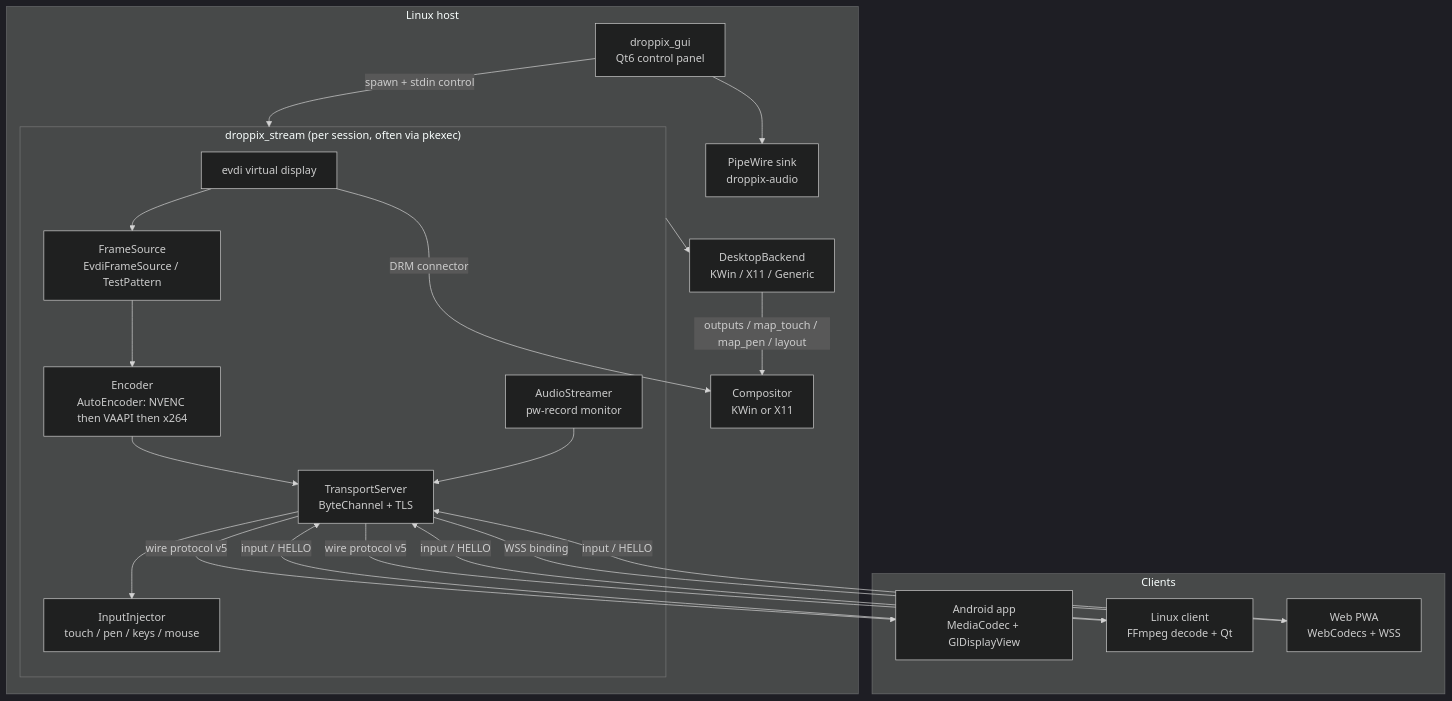
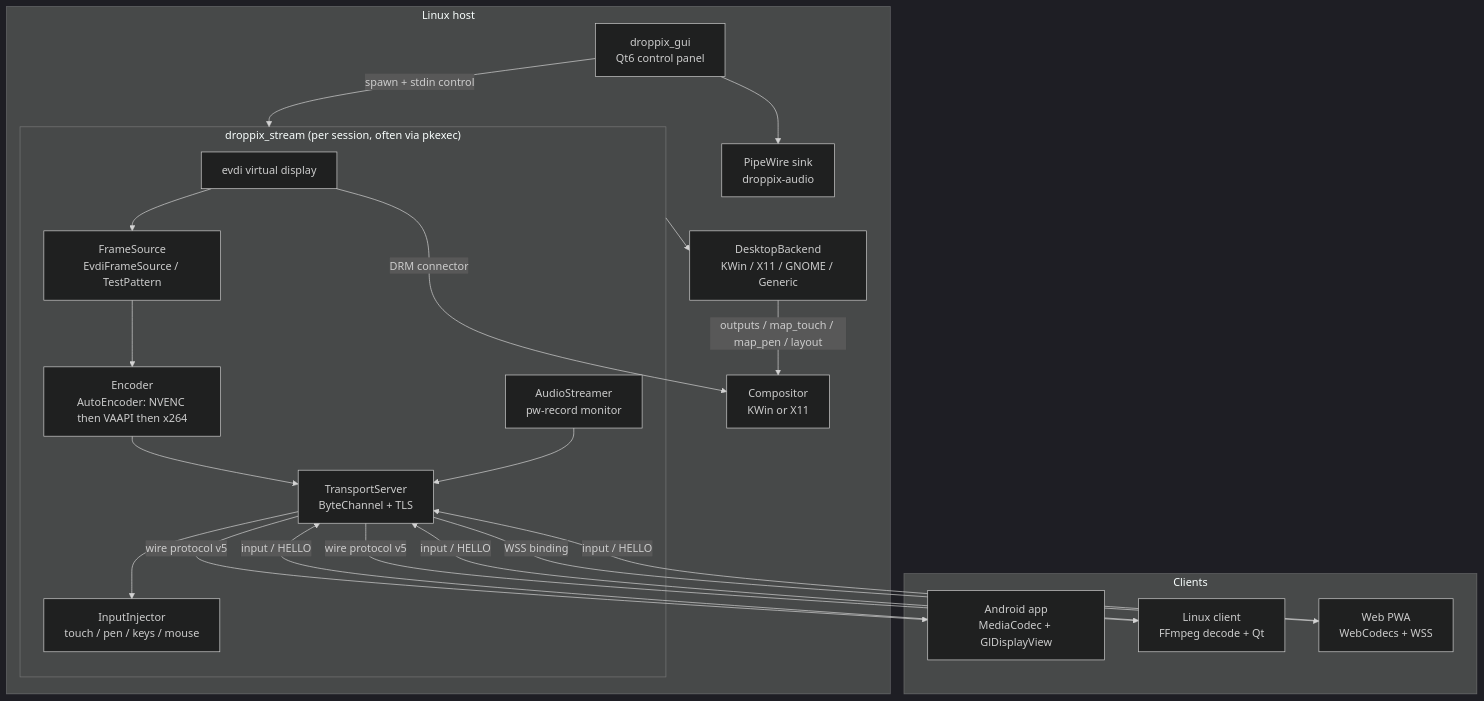
The first of 10 diagrams in docs/ARCHITECTURE.md (Spinjitsudoom/droppix), drawn with Mermaid (dark theme) before and after one commit. The commit also changed other lines of this file and 29 other files, not shown here.

First line of the commit message:
feat(host): GNOME Wayland backend; fix the stylus libinput ignored

````diff
--- a/docs/ARCHITECTURE.md
+++ b/docs/ARCHITECTURE.md
@@ -11,41 +11,41 @@
 ```mermaid
 graph TB
     subgraph Host["Linux host"]
         GUI["droppix_gui<br/>Qt6 control panel"]
         PW["PipeWire sink<br/>droppix-audio"]
-        DB["DesktopBackend<br/>KWin / X11 / Generic"]
+        DB["DesktopBackend<br/>KWin / X11 / GNOME / Generic"]
 
         subgraph Streamer["droppix_stream (per session, often via pkexec)"]
             EVDI["evdi virtual display"]
             CAP["FrameSource<br/>EvdiFrameSource / TestPattern"]
             ENC["Encoder<br/>AutoEncoder: NVENC then VAAPI then x264"]
             TX["TransportServer<br/>ByteChannel + TLS"]
             INJ["InputInjector<br/>touch / pen / keys / mouse"]
             AUD["AudioStreamer<br/>pw-record monitor"]
         end
 
         GUI -->|"spawn + stdin control"| Streamer
         GUI --> PW
         EVDI --> CAP
         CAP --> ENC
         ENC --> TX
         AUD --> TX
         TX --> INJ
         Streamer --> DB
         DB -->|"outputs / map_touch / map_pen / layout"| COMP["Compositor<br/>KWin or X11"]
         EVDI -->|"DRM connector"| COMP
     end
 
     subgraph Clients["Clients"]
         AND["Android app<br/>MediaCodec + GlDisplayView"]
         LNX["Linux client<br/>FFmpeg decode + Qt"]
         WEB["Web PWA<br/>WebCodecs + WSS"]
     end
 
     TX -->|"wire protocol v5"| AND
     AND -->|"input / HELLO"| TX
     TX -->|"wire protocol v5"| LNX
     LNX -->|"input / HELLO"| TX
     TX -->|"WSS binding"| WEB
     WEB -->|"input / HELLO"| TX
 ```
````
